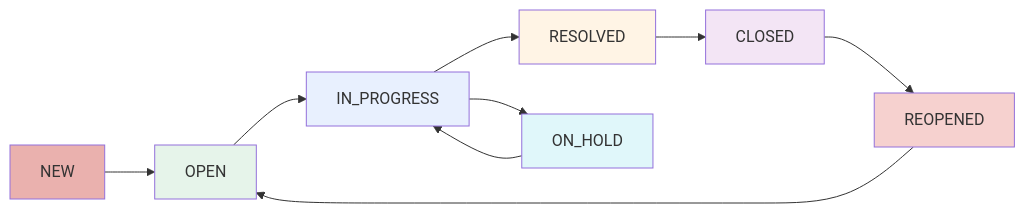
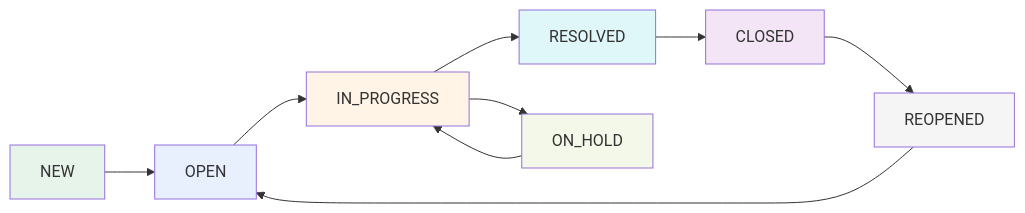
Before and after one commit to salmanb74-dev/ntg-ticket: the sixth of 7 diagrams in NTG-Ticket-User Guide.md, drawn with Mermaid. The commit also changed other lines of this file, not shown here.

````diff
--- a/NTG-Ticket-User Guide.md
+++ b/NTG-Ticket-User Guide.md
@@ -280,18 +280,18 @@
 ```mermaid
 flowchart LR
     A[NEW] --> B[OPEN]
     B --> C[IN_PROGRESS]
     C --> D[RESOLVED]
     D --> E[CLOSED]
     C --> F[ON_HOLD]
     F --> C
     E --> G[REOPENED]
     G --> B
-    style A fill:#EAB1AE
-    style B fill:#E6F4EA
-    style C fill:#E8F0FE
-    style D fill:#FFF4E5
+    style A fill:#E6F4EA
+    style B fill:#E8F0FE
+    style C fill:#FFF4E5
+    style D fill:#E0F7FA
     style E fill:#F3E5F5
-    style F fill:#E0F7FA
-    style G fill:#F6D1CF
+    style F fill:#F4F8E8
+    style G fill:#F5F5F5
 ```
````
